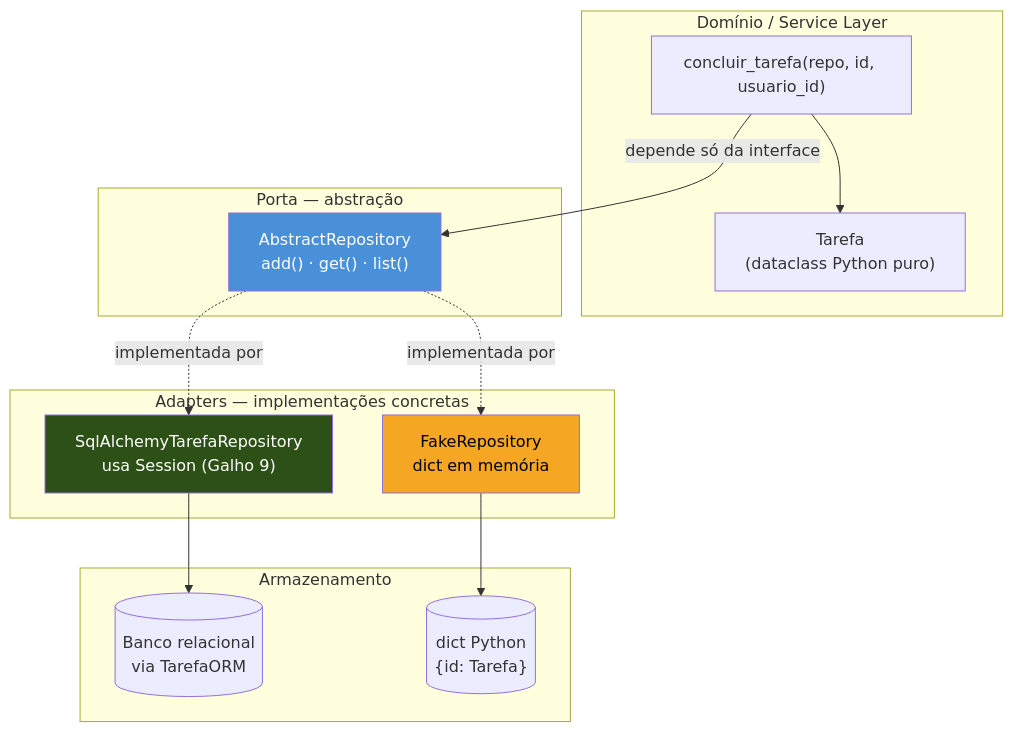
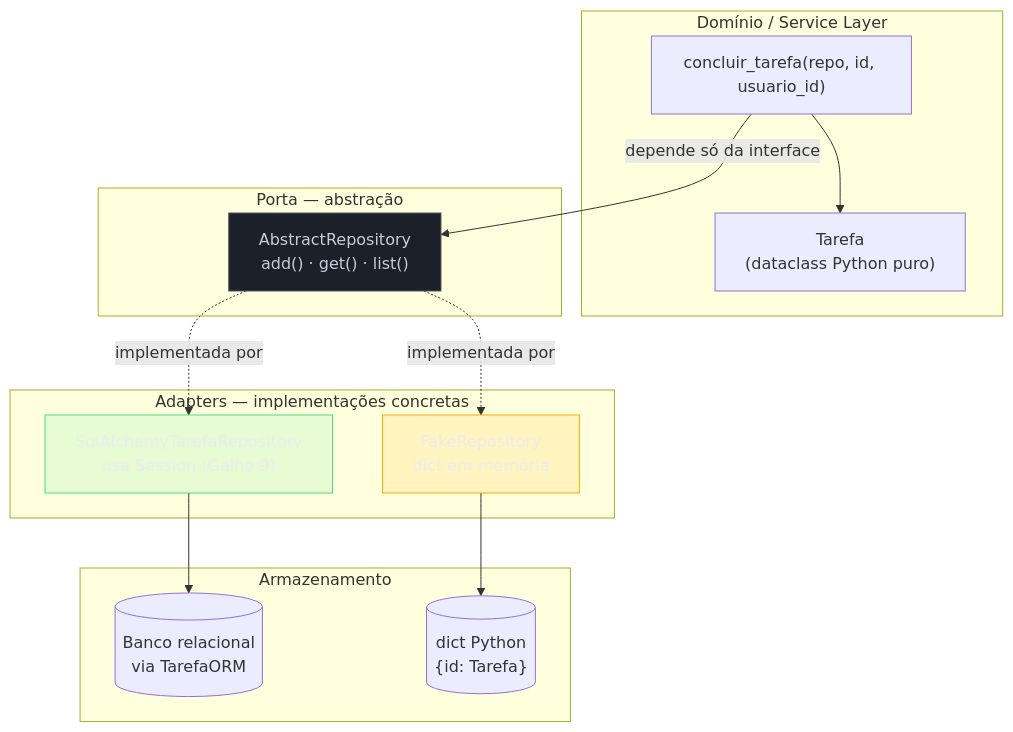
The first of 2 diagrams in 03-Dominios/Tecnologia/Python/Arquitetura e Design Patterns/03 - Repository pattern — abstraindo a persistência.md (josenaldo/codex-technomanticus), drawn with Mermaid before and after one commit. The commit also changed other lines of this file and 1181 other files, not shown here.

First line of the commit message:
fix(diagramas): paleta do sistema no lugar de cor cravada no markdown

````diff
--- a/03-Dominios/Tecnologia/Python/Arquitetura e Design Patterns/03 - Repository pattern — abstraindo a persistência.md
+++ b/03-Dominios/Tecnologia/Python/Arquitetura e Design Patterns/03 - Repository pattern — abstraindo a persistência.md
@@ -133,32 +133,35 @@
 ```mermaid
 flowchart TB
+    classDef neutro fill:#1B2029,stroke:#4E5666,color:#C6CCD8
+    classDef ok fill:#4ADE8021,stroke:#4ADE80,color:#E9ECF2
+    classDef destaque fill:#FFAA0024,stroke:#FFAA00,color:#E9ECF2
     subgraph Dominio["Domínio / Service Layer"]
         SVC["concluir_tarefa(repo, id, usuario_id)"]
         ENT["Tarefa<br/>(dataclass Python puro)"]
     end
 
     subgraph Interface["Porta — abstração"]
         ABS["AbstractRepository<br/>add() · get() · list()"]
     end
 
     subgraph Impl["Adapters — implementações concretas"]
         SQL["SqlAlchemyTarefaRepository<br/>usa Session (Galho 9)"]
         FAKE["FakeRepository<br/>dict em memória"]
     end
 
     subgraph Storage["Armazenamento"]
         DB[("Banco relacional<br/>via TarefaORM")]
         MEM[("dict Python<br/>{id: Tarefa}")]
     end
 
     SVC --> ENT
     SVC -->|"depende só da interface"| ABS
     ABS -.->|"implementada por"| SQL
     ABS -.->|"implementada por"| FAKE
     SQL --> DB
     FAKE --> MEM
 
-    style ABS fill:#4A90D9,color:#fff
-    style SQL fill:#2d5016,color:#fff
-    style FAKE fill:#F5A623,color:#000
+    class ABS neutro
+    class SQL ok
+    class FAKE destaque
 ```
````
